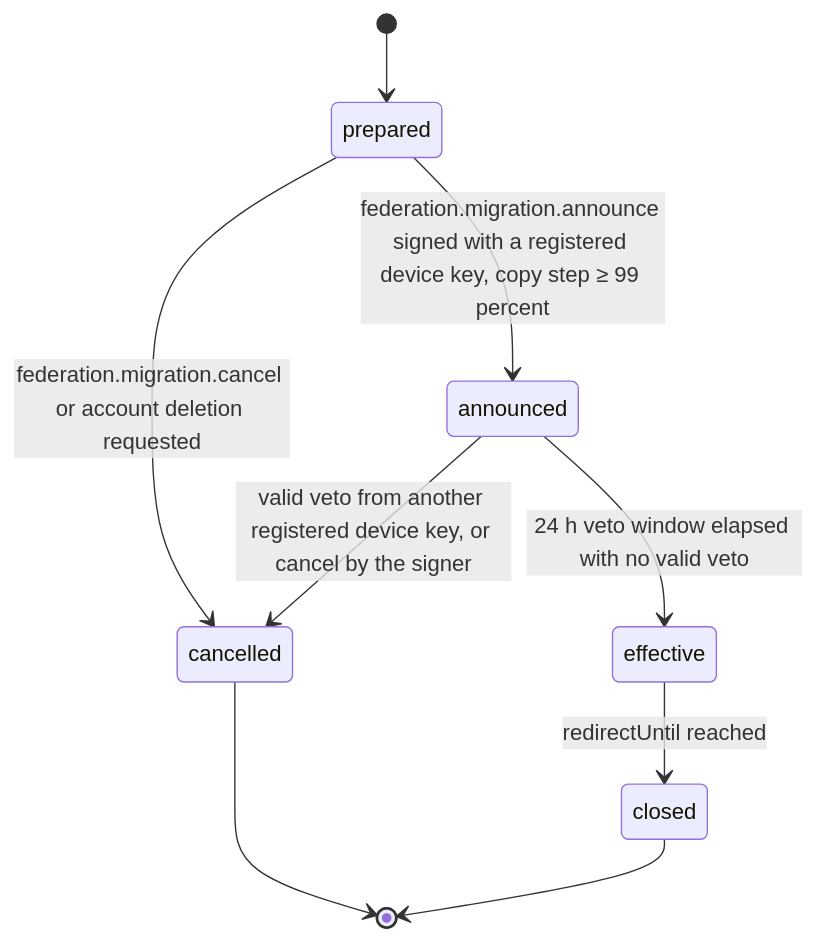
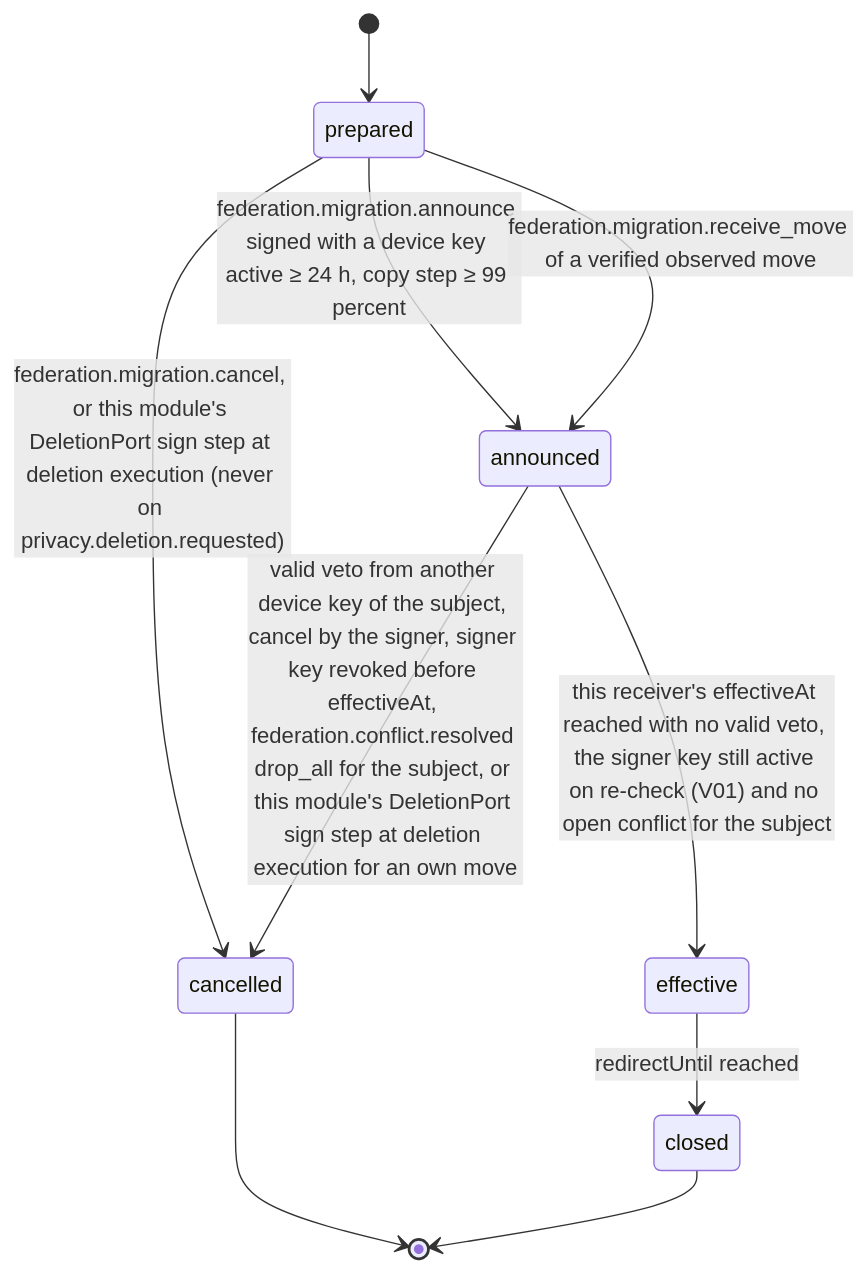
Before and after one commit to djshellshoxxx/CLASSifiedisRUPTed: the diagram in 11_Federation/03_interop/mod_migration/workflow_state_machine.md, drawn with Mermaid. The commit also changed other lines of this file and 1935 other files, not shown here.

First line of the commit message:
docs(specs): port reviewed and reconciled module specs onto main

````diff
--- a/11_Federation/03_interop/mod_migration/workflow_state_machine.md
+++ b/11_Federation/03_interop/mod_migration/workflow_state_machine.md
@@ -27,11 +29,12 @@
 ```mermaid
 stateDiagram-v2
   [*] --> prepared
-  prepared --> announced: federation.migration.announce signed with a registered device key, copy step ≥ 99 percent
-  prepared --> cancelled: federation.migration.cancel or account deletion requested
-  announced --> effective: 24 h veto window elapsed with no valid veto
-  announced --> cancelled: valid veto from another registered device key, or cancel by the signer
+  prepared --> announced: federation.migration.announce signed with a device key active ≥ 24 h, copy step ≥ 99 percent
+  prepared --> announced: federation.migration.receive_move of a verified observed move
+  prepared --> cancelled: federation.migration.cancel, or this module's DeletionPort sign step at deletion execution (never on privacy.deletion.requested)
+  announced --> effective: this receiver's effectiveAt reached with no valid veto, the signer key still active on re-check (V01) and no open conflict for the subject
+  announced --> cancelled: valid veto from another device key of the subject, cancel by the signer, signer key revoked before effectiveAt, federation.conflict.resolved drop_all for the subject, or this module's DeletionPort sign step at deletion execution for an own move
   effective --> closed: redirectUntil reached
   cancelled --> [*]
   closed --> [*]
 ```
````
